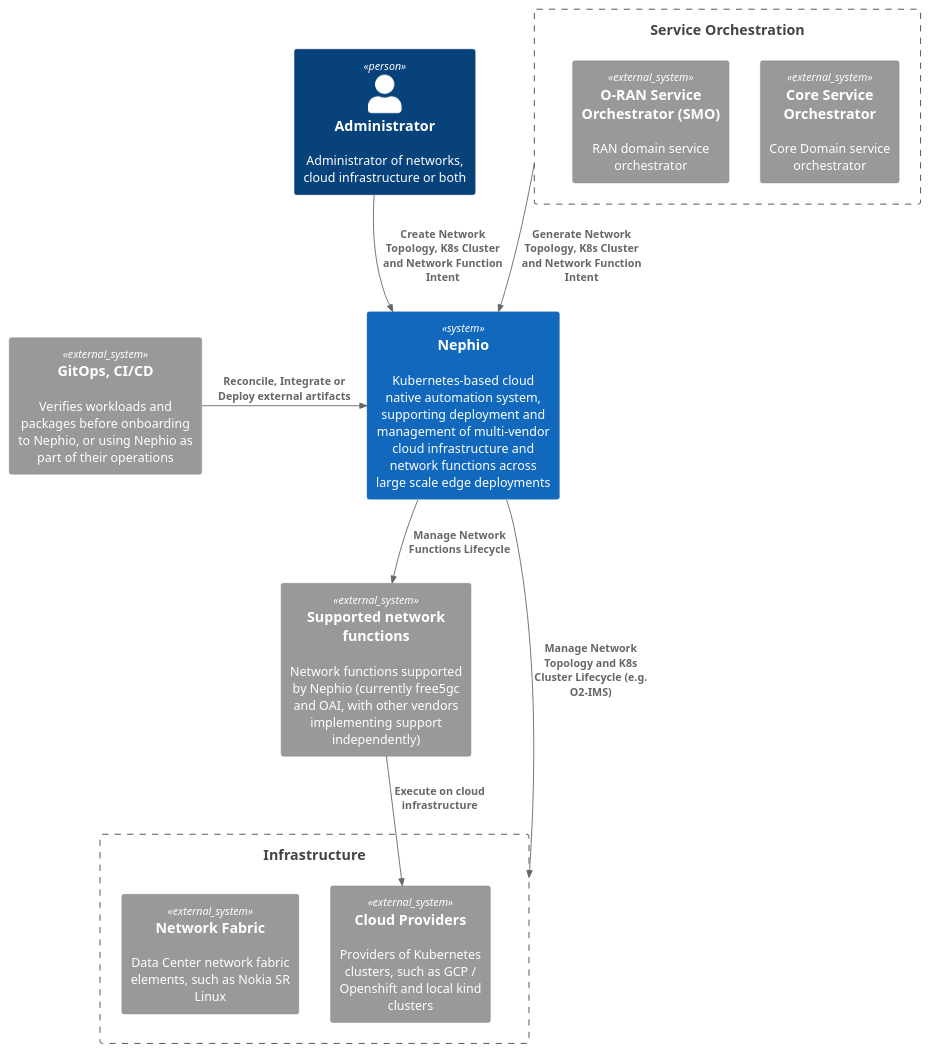
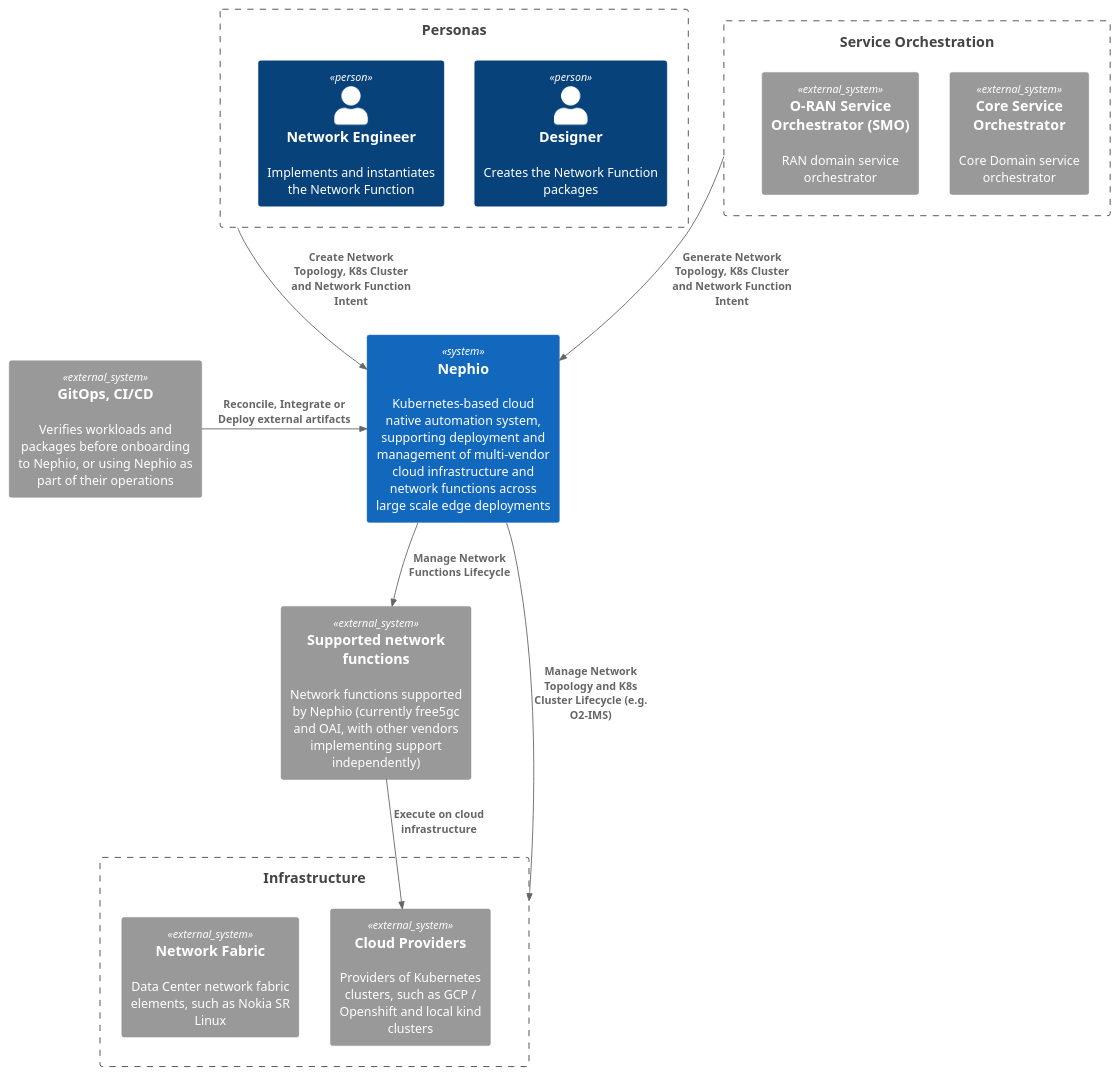
Before and after one commit to nephio-project/docs: the diagram in diagrams/src/level1-nephio-system.puml, drawn with PlantUML. The commit also changed 3 other files, not shown here.

```diff
--- a/diagrams/src/level1-nephio-system.puml
+++ b/diagrams/src/level1-nephio-system.puml
@@ -1,32 +1,36 @@
 @startuml nephio-system
 !include  https://raw.githubusercontent.com/plantuml-stdlib/C4-PlantUML/master/C4_Context.puml
 
 ' External actors
-Person(admin, "Administrator", "Administrator of networks, cloud infrastructure or both")
+
+Boundary(persons, "Personas"){
+    Person(desginer, "Designer", "Creates the Network Function packages")
+    Person(networkEng, "Network Engineer", "Implements and instantiates the Network Function")
+}
 Boundary(service_orchestrators, "Service Orchestration") {
     System_Ext(core_service_orchestrator, "Core Service Orchestrator", "Core Domain service orchestrator" )
     System_Ext(oran_service_orchestrator, "O-RAN Service Orchestrator (SMO)", "RAN domain service orchestrator")
 }
 System_Ext(cicd_system, "GitOps, CI/CD", "Verifies workloads and packages before onboarding to Nephio, or using Nephio as part of their operations")
 
 ' Core Nephio function
 System(nephio, "Nephio", "Kubernetes-based cloud native automation system, supporting deployment and management of multi-vendor cloud infrastructure and network functions across large scale edge deployments")
 
 ' Southbound dependencies
 System_Ext(supported_nfs, "Supported network functions", "Network functions supported by Nephio (currently free5gc and OAI, with other vendors implementing support independently)")
 Boundary(infrastructure, "Infrastructure") {
     System_Ext(clouds, "Cloud Providers", "Providers of Kubernetes clusters, such as GCP / Openshift and local kind clusters")
     System_Ext(network_fabric, "Network Fabric", "Data Center network fabric elements, such as Nokia SR Linux")
 }
 
 ' Actor - nephio relationships
-Rel_D(admin, nephio, "Create Network Topology, K8s Cluster and Network Function Intent")
+Rel_D(persons, nephio, "Create Network Topology, K8s Cluster and Network Function Intent")
 Rel_D(service_orchestrators, nephio, "Generate Network Topology, K8s Cluster and Network Function Intent")
 Rel_R(cicd_system, nephio, "Reconcile, Integrate or Deploy external artifacts")
 
 ' Nephio - managed entity relationships
 Rel_D(nephio, infrastructure, "Manage Network Topology and K8s Cluster Lifecycle (e.g. O2-IMS)")
 Rel_D(nephio, supported_nfs, "Manage Network Functions Lifecycle")
 Rel_D(supported_nfs, clouds, "Execute on cloud infrastructure")
 
 @enduml
```
